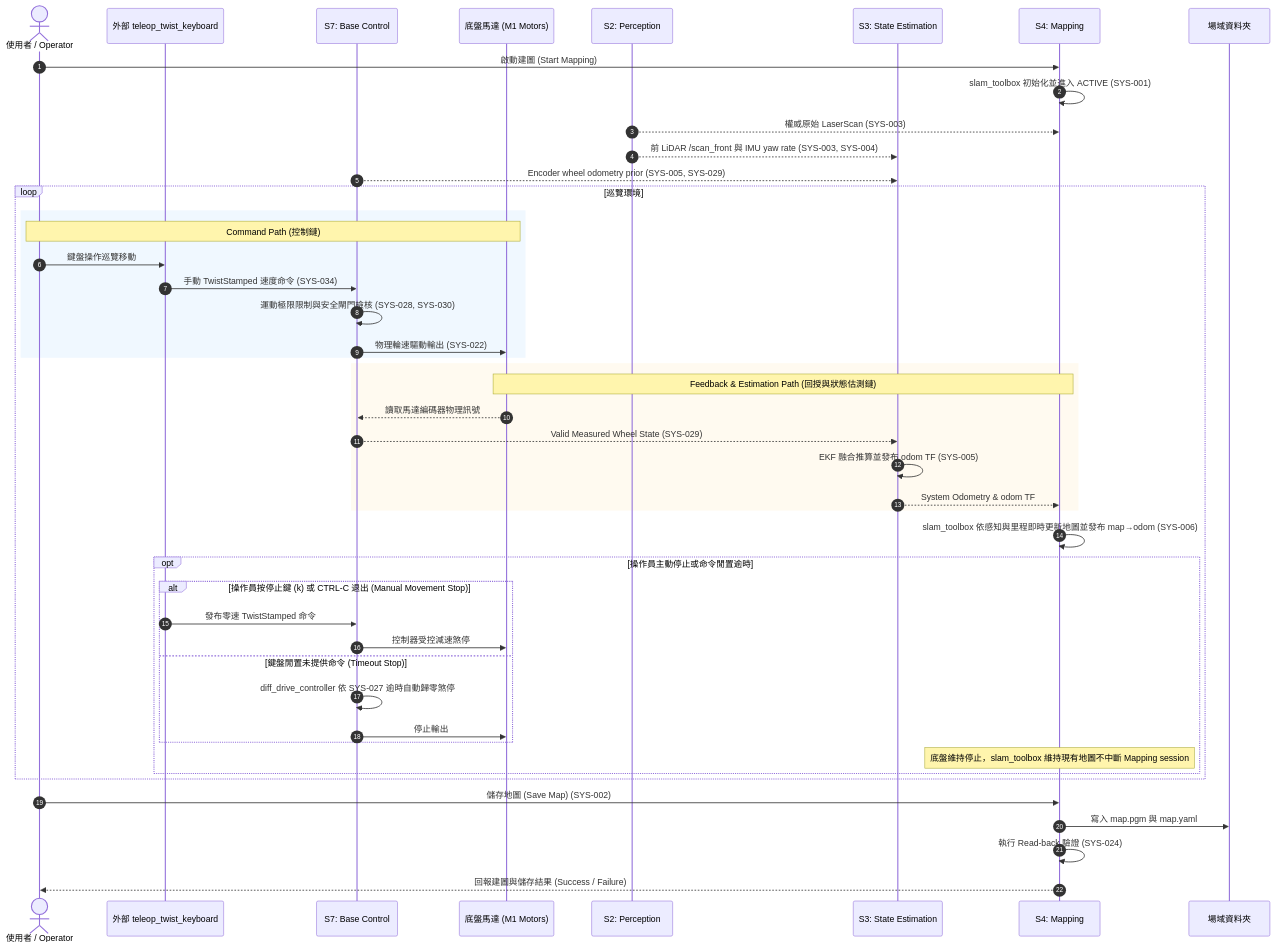
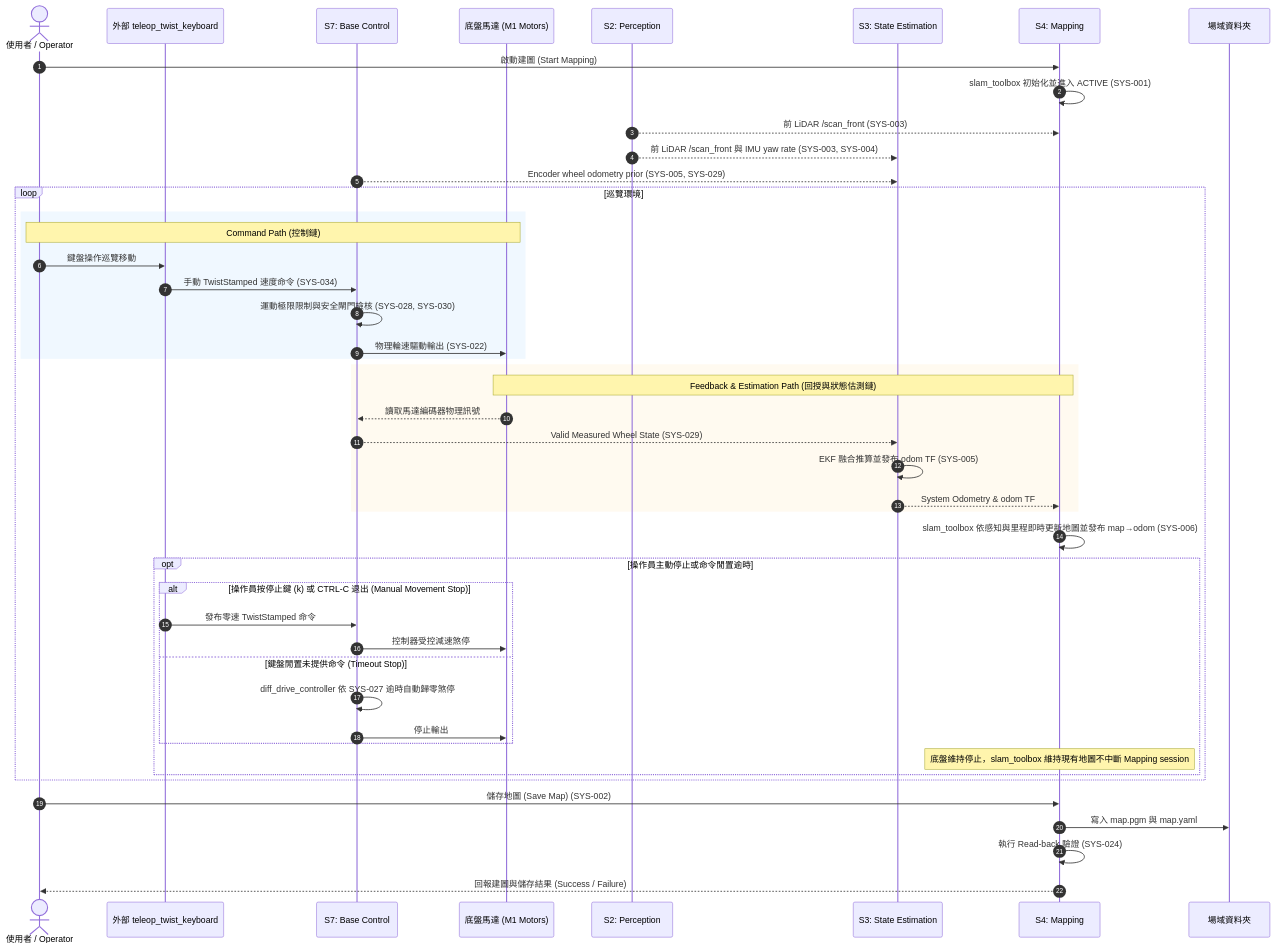
One commit to monkey30440/mobile_base changed the second of 4 diagrams in docs/05_architecture.md. Above: the diagram before and after it, drawn with Mermaid. The commit also changed other lines of this file and 3 other files, not shown here.

First line of the commit message:
docs: update baseline architecture and subsystem documentation for scan decoupling

````diff
--- a/docs/05_architecture.md
+++ b/docs/05_architecture.md
@@ -353,54 +353,54 @@
 ```mermaid
 sequenceDiagram
     autonumber
     actor User as 使用者 / Operator
     participant Teleop as 外部 teleop_twist_keyboard
     participant S7 as S7: Base Control
     participant M1 as 底盤馬達 (M1 Motors)
     participant S2 as S2: Perception
     participant S3 as S3: State Estimation
     participant S4 as S4: Mapping
     participant Site as 場域資料夾
 
     User->>S4: 啟動建圖 (Start Mapping)
     S4->>S4: slam_toolbox 初始化並進入 ACTIVE (SYS-001)
-    S2-->>S4: 權威原始 LaserScan (SYS-003)
+    S2-->>S4: 前 LiDAR /scan_front (SYS-003)
     S2-->>S3: 前 LiDAR /scan_front 與 IMU yaw rate (SYS-003, SYS-004)
     S7-->>S3: Encoder wheel odometry prior (SYS-005, SYS-029)
 
     loop 巡覽環境
         rect rgb(240, 248, 255)
             Note over User,M1: Command Path (控制鏈)
             User->>Teleop: 鍵盤操作巡覽移動
             Teleop->>S7: 手動 TwistStamped 速度命令 (SYS-034)
             S7->>S7: 運動極限限制與安全閘門檢核 (SYS-028, SYS-030)
             S7->>M1: 物理輪速驅動輸出 (SYS-022)
         end
 
         rect rgb(255, 250, 240)
             Note over M1,S4: Feedback & Estimation Path (回授與狀態估測鏈)
             M1-->>S7: 讀取馬達編碼器物理訊號
             S7-->>S3: Valid Measured Wheel State (SYS-029)
             S3->>S3: EKF 融合推算並發布 odom TF (SYS-005)
             S3-->>S4: System Odometry & odom TF
         end
 
         S4->>S4: slam_toolbox 依感知與里程即時更新地圖並發布 map→odom (SYS-006)
 
         opt 操作員主動停止或命令閒置逾時
             alt 操作員按停止鍵 (k) 或 CTRL-C 退出 (Manual Movement Stop)
                 Teleop->>S7: 發布零速 TwistStamped 命令
                 S7->>M1: 控制器受控減速煞停
             else 鍵盤閒置未提供命令 (Timeout Stop)
                 S7->>S7: diff_drive_controller 依 SYS-027 逾時自動歸零煞停
                 S7->>M1: 停止輸出
             end
             Note over S4: 底盤維持停止，slam_toolbox 維持現有地圖不中斷 Mapping session
         end
     end
 
     User->>S4: 儲存地圖 (Save Map) (SYS-002)
     S4->>Site: 寫入 map.pgm 與 map.yaml
     S4->>S4: 執行 Read-back 驗證 (SYS-024)
     S4-->>User: 回報建圖與儲存結果 (Success / Failure)
 ```
````
